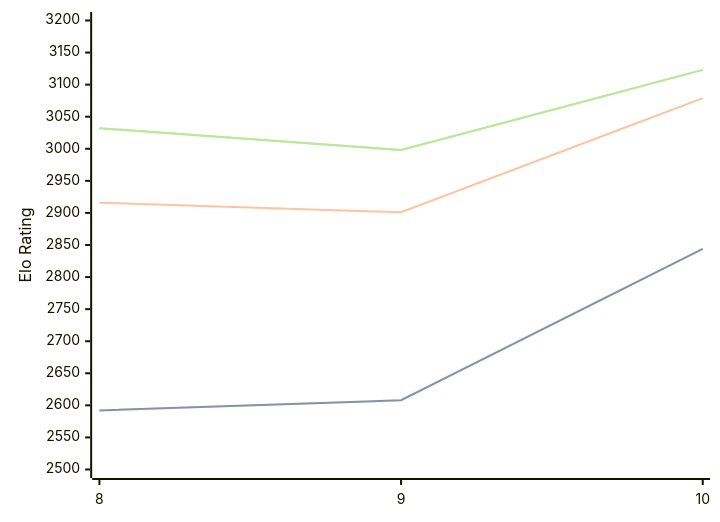
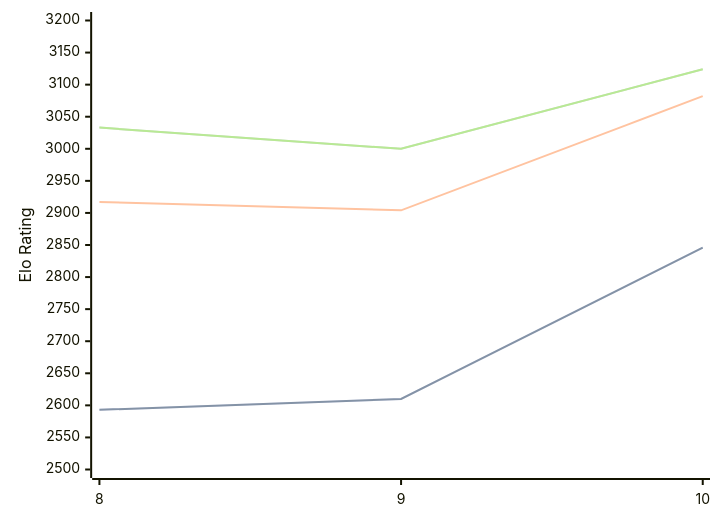
Before and after one commit to computer-chess-index/cci: the diagram in engines/Lozza.md, drawn with Mermaid. The commit also changed other lines of this file, not shown here.

Commit message:
Update CCI Ratings (ELO VLTC) - 2026-09-01

````diff
--- a/engines/Lozza.md
+++ b/engines/Lozza.md
@@ -33,11 +33,11 @@
 ```mermaid
 %%{init: {"theme":"base","themeVariables":{"seriesColors:['#a3a3a3','#222221','#faa371']}}}%%
 xychart-beta
   x-axis ["8", "9", "10"]
   y-axis "Elo Rating" 2500 --> 3200
-  line "" [2592, 2608, 2844]
-  line "STC (8.0+0.08s)" [2592, 2608, 2844]
-  line "LTC (60.0+0.60s)" [2916, 2901, 3079]
-  line "" [3032, 2998, 3123]
-  line "VLTC (2m24s+1.12s)" [3032, 2998, 3123]
+  line "" [2593, 2610, 2846]
+  line "STC (8.0+0.08s)" [2593, 2610, 2846]
+  line "LTC (60.0+0.60s)" [2917, 2904, 3082]
+  line "" [3033, 3000, 3124]
+  line "VLTC (2m24s+1.12s)" [3033, 3000, 3124]
 ```
````
